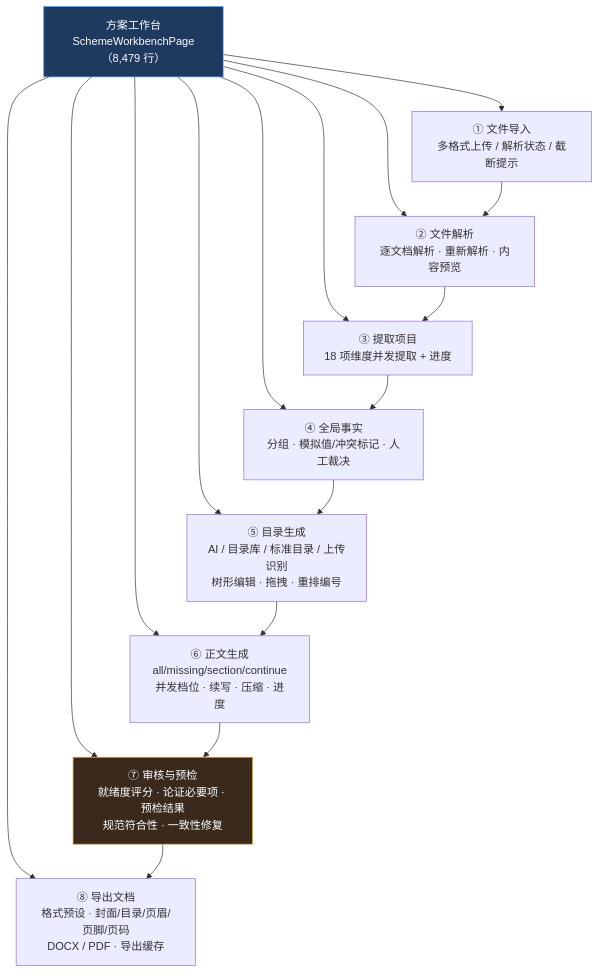
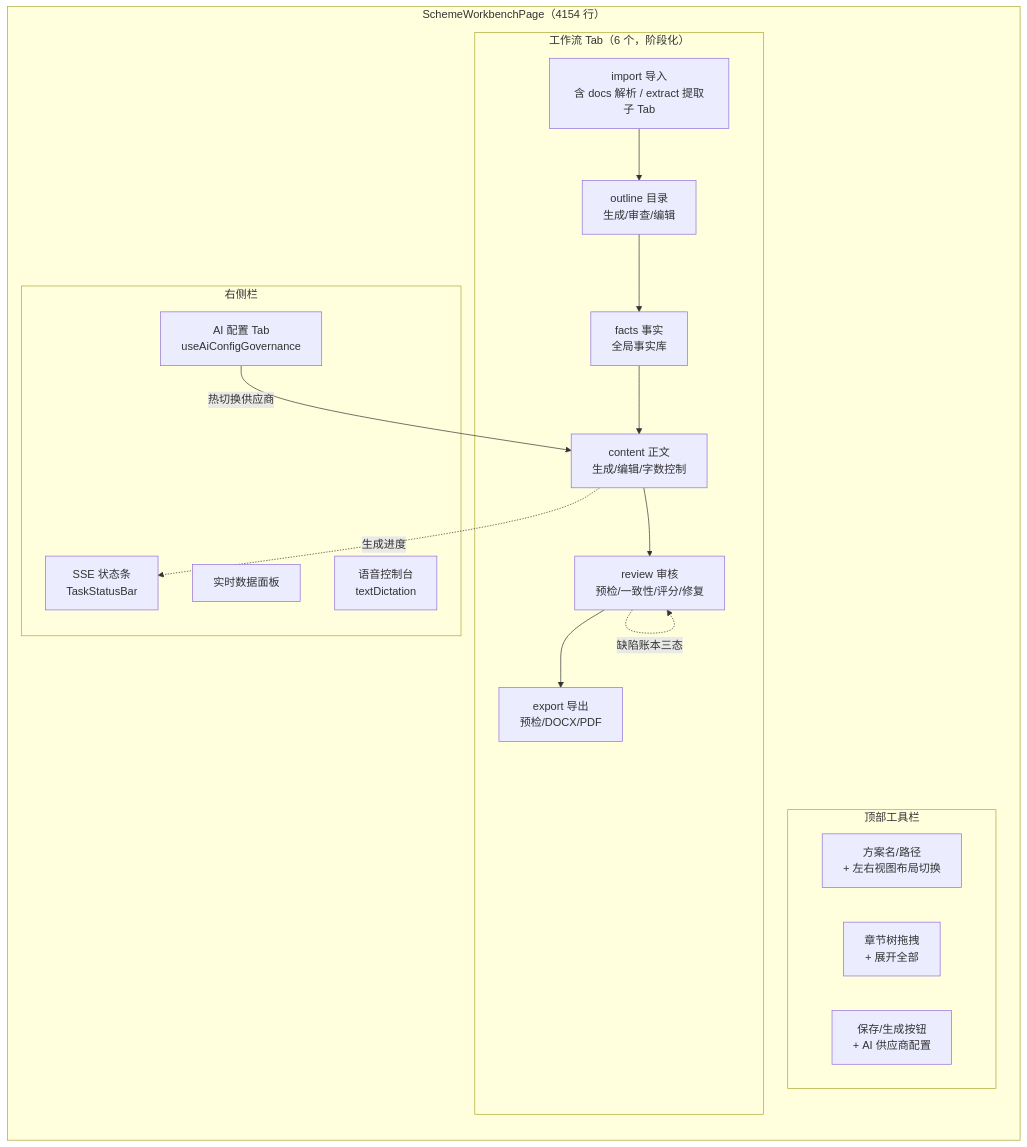
The tenth of 34 diagrams in docs/技术架构文档.MD (he-fei-ai/bidforge-jiangong), drawn with Mermaid before and after one commit. The commit also changed other lines of this file and 2 other files, not shown here.

First line of the commit message:
docs: 主文档更新至 v5.4，合并 v5.3 图集并对齐 2026-11-09 实测数字

````diff
--- a/docs/技术架构文档.MD
+++ b/docs/技术架构文档.MD
@@ -485,15 +566,32 @@
 ```mermaid
-flowchart TB
-    WB["方案工作台<br/>SchemeWorkbenchPage（8,479 行）"]
-    WB --> B1["① 文件导入<br/>多格式上传 / 解析状态 / 截断提示"]
-    WB --> B2["② 文件解析<br/>逐文档解析 · 重新解析 · 内容预览"]
-    WB --> B3["③ 提取项目<br/>18 项维度并发提取 + 进度"]
-    WB --> B4["④ 全局事实<br/>分组 · 模拟值/冲突标记 · 人工裁决"]
-    WB --> B5["⑤ 目录生成<br/>AI / 目录库 / 标准目录 / 上传识别<br/>树形编辑 · 拖拽 · 重排编号"]
-    WB --> B6["⑥ 正文生成<br/>all/missing/section/continue<br/>并发档位 · 续写 · 压缩 · 进度"]
-    WB --> B7["⑦ 审核与预检<br/>就绪度评分 · 论证必要项 · 预检结果<br/>规范符合性 · 一致性修复"]
-    WB --> B8["⑧ 导出文档<br/>格式预设 · 封面/目录/页眉/页脚/页码<br/>DOCX / PDF · 导出缓存"]
-    B1 --> B2 --> B3 --> B4 --> B5 --> B6 --> B7 --> B8
-    style WB fill:#1e3a5f,stroke:#4a9eff,color:#fff
-    style B7 fill:#3a2a1e,stroke:#e8a33d,color:#fff
+graph TB
+    subgraph Workbench["SchemeWorkbenchPage（4154 行）"]
+        direction TB
+        subgraph TopBar["顶部工具栏"]
+            T1[方案名/路径<br/>+ 左右视图布局切换]
+            T2[章节树拖拽<br/>+ 展开全部]
+            T3[保存/生成按钮<br/>+ AI 供应商配置]
+        end
+
+        subgraph Workflow["工作流 Tab（6 个，阶段化）"]
+            W1[import 导入<br/>含 docs 解析 / extract 提取子 Tab]
+            W2[outline 目录<br/>生成/审查/编辑]
+            W3[facts 事实<br/>全局事实库]
+            W4[content 正文<br/>生成/编辑/字数控制]
+            W5[review 审核<br/>预检/一致性/评分/修复]
+            W6[export 导出<br/>预检/DOCX/PDF]
+        end
+
+        subgraph SidePanel["右侧栏"]
+            S1[AI 配置 Tab<br/>useAiConfigGovernance]
+            S2[实时数据面板]
+            S3[SSE 状态条<br/>TaskStatusBar]
+            S4[语音控制台<br/>textDictation]
+        end
+    end
+
+    W1 --> W2 --> W3 --> W4 --> W5 --> W6
+    W4 -.->|生成进度| S3
+    W5 -.->|缺陷账本三态| W5
+    S1 -->|热切换供应商| W4
 ```
````
